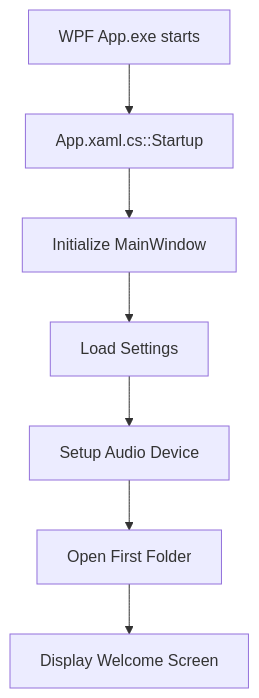
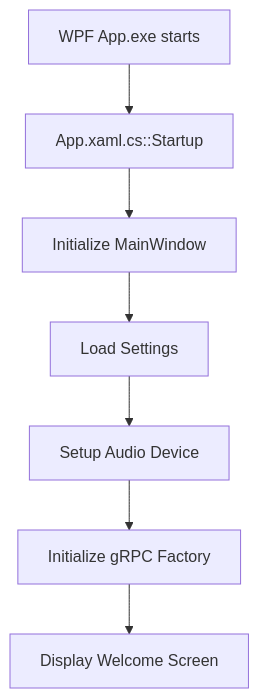
One commit to Dinand01/MusicPlayer changed the first of 13 diagrams in docs/HOW-IT-WORKS.md. Above: the diagram before and after it, drawn with Mermaid. The commit also changed other lines of this file and 30 other files, not shown here.

````diff
--- a/docs/HOW-IT-WORKS.md
+++ b/docs/HOW-IT-WORKS.md
@@ -24,9 +24,9 @@
 ```mermaid
 graph TD
 A[WPF App.exe starts] --> B[App.xaml.cs::Startup]
 B --> C[Initialize MainWindow]
 C --> D[Load Settings]
 D --> E[Setup Audio Device]
-E --> F[Open First Folder]
+E --> F[Initialize gRPC Factory]
 F --> G[Display Welcome Screen]
 ```
````
